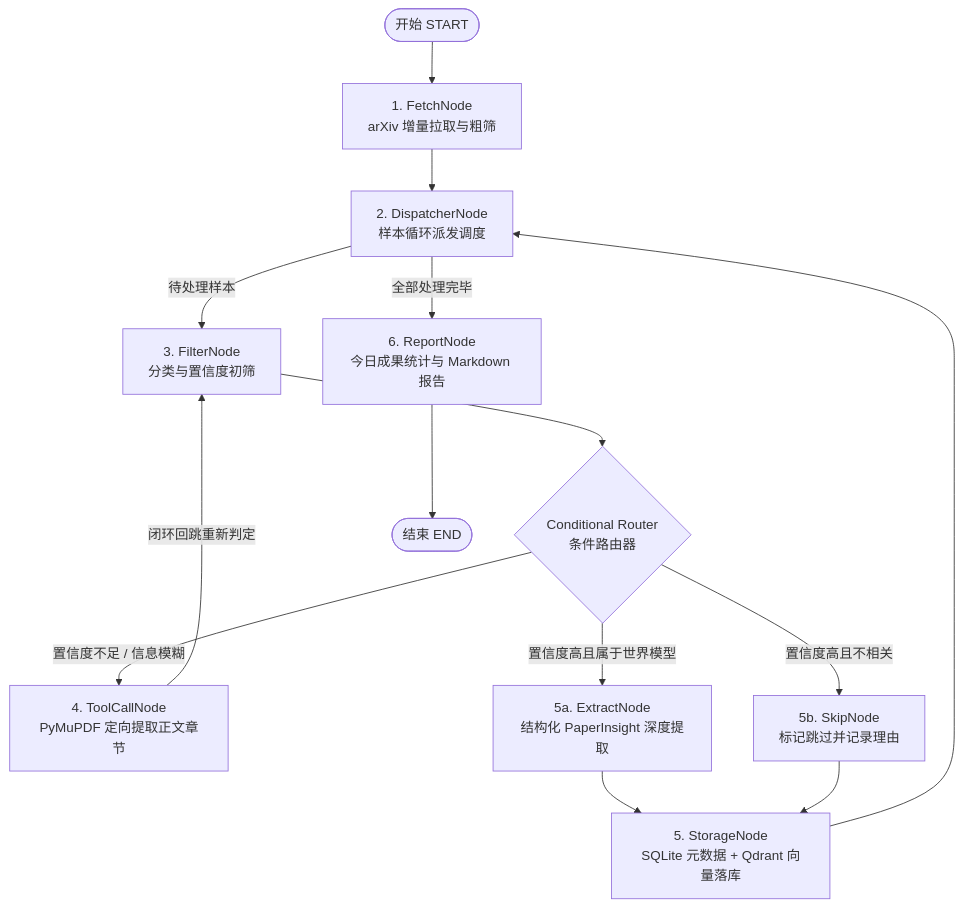
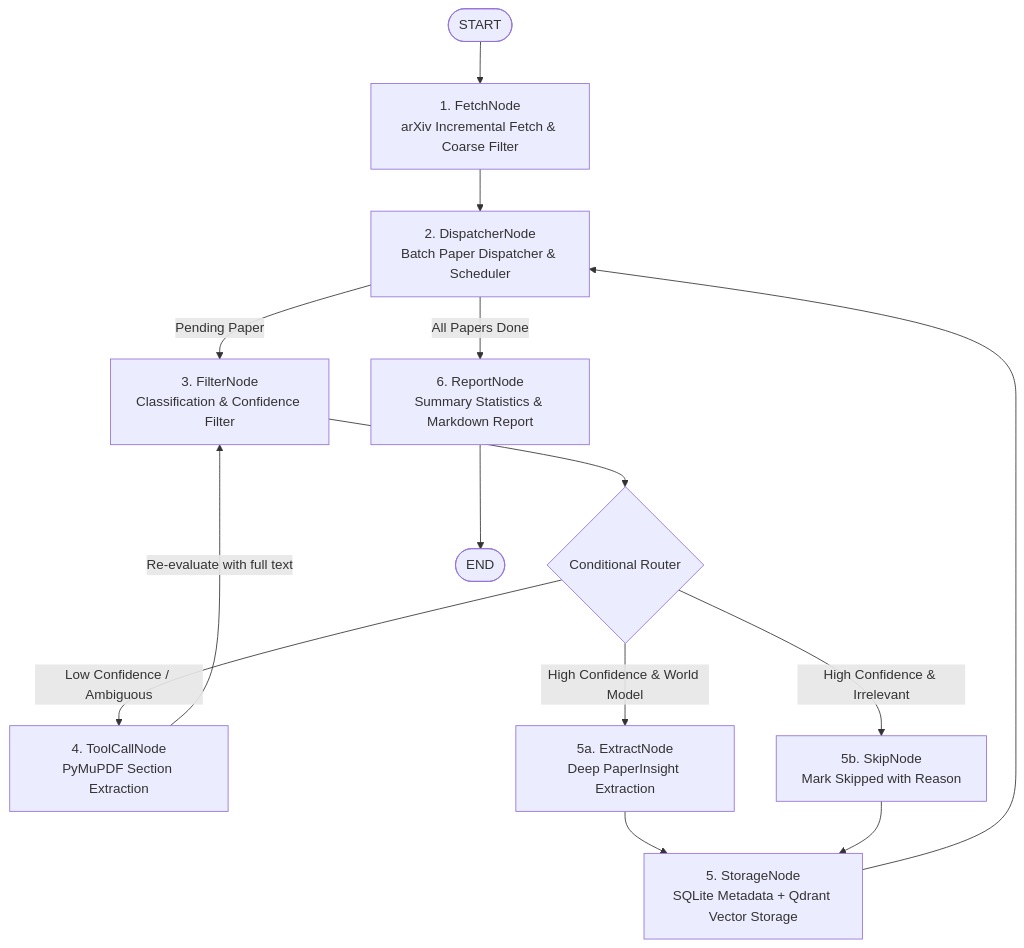
Before and after one commit to fengxiaoxu96/roboworld-agent: the diagram in README.md, drawn with Mermaid. The commit also changed other lines of this file and 1 other file, not shown here.

````diff
--- a/README.md
+++ b/README.md
@@ -67,22 +70,22 @@
 ```mermaid
 flowchart TD
-    START([开始 START]) --> FetchNode[1. FetchNode\narXiv 增量拉取与粗筛]
-    FetchNode --> DispatcherNode[2. DispatcherNode\n样本循环派发调度]
+    START([START]) --> FetchNode[1. FetchNode\narXiv Incremental Fetch & Coarse Filter]
+    FetchNode --> DispatcherNode[2. DispatcherNode\nBatch Paper Dispatcher & Scheduler]
     
-    DispatcherNode -->|待处理样本| FilterNode[3. FilterNode\n分类与置信度初筛]
-    DispatcherNode -->|全部处理完毕| ReportNode[6. ReportNode\n今日成果统计与 Markdown 报告]
+    DispatcherNode -->|Pending Paper| FilterNode[3. FilterNode\nClassification & Confidence Filter]
+    DispatcherNode -->|All Papers Done| ReportNode[6. ReportNode\nSummary Statistics & Markdown Report]
     
-    FilterNode --> Router{Conditional Router\n条件路由器}
+    FilterNode --> Router{Conditional Router}
     
-    Router -->|置信度不足 / 信息模糊| ToolCallNode[4. ToolCallNode\nPyMuPDF 定向提取正文章节]
-    ToolCallNode -->|闭环回跳重新判定| FilterNode
+    Router -->|Low Confidence / Ambiguous| ToolCallNode[4. ToolCallNode\nPyMuPDF Section Extraction]
+    ToolCallNode -->|Re-evaluate with full text| FilterNode
     
-    Router -->|置信度高且属于世界模型| ExtractNode[5a. ExtractNode\n结构化 PaperInsight 深度提取]
-    Router -->|置信度高且不相关| SkipNode[5b. SkipNode\n标记跳过并记录理由]
+    Router -->|High Confidence & World Model| ExtractNode[5a. ExtractNode\nDeep PaperInsight Extraction]
+    Router -->|High Confidence & Irrelevant| SkipNode[5b. SkipNode\nMark Skipped with Reason]
     
-    ExtractNode --> StorageNode[5. StorageNode\nSQLite 元数据 + Qdrant 向量落库]
+    ExtractNode --> StorageNode[5. StorageNode\nSQLite Metadata + Qdrant Vector Storage]
     SkipNode --> StorageNode
     
     StorageNode --> DispatcherNode
-    ReportNode --> END([结束 END])
+    ReportNode --> END([END])
 ```
````
